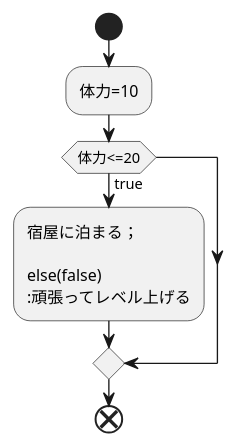
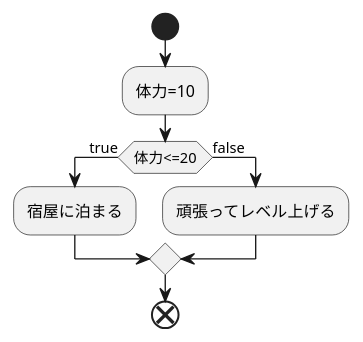
The diagram in kadai.md (Aso2001397/2021sys-design), drawn with PlantUML before and after one commit.

````diff
--- a/kadai.md
+++ b/kadai.md
@@ -1,12 +1,12 @@
 ```uml
 @startuml
 start
 :体力=10;
 if(体力<=20) then (true)
-:宿屋に泊まる；
+:宿屋に泊まる;
 
 else(false)
 :頑張ってレベル上げる;
 endif
 end
 ```
````
